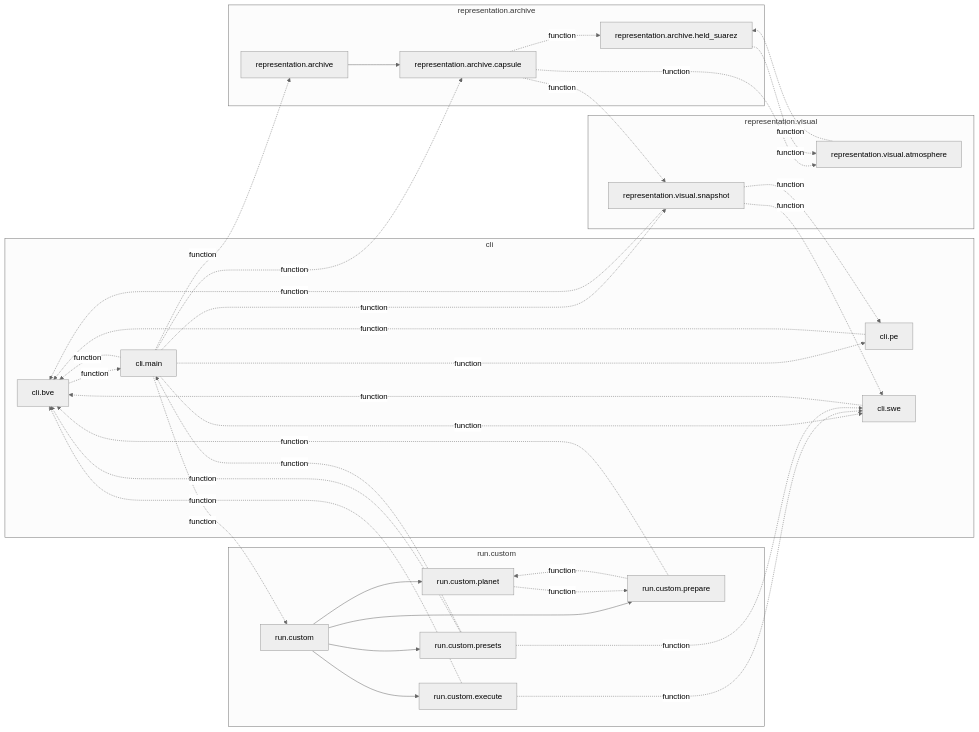
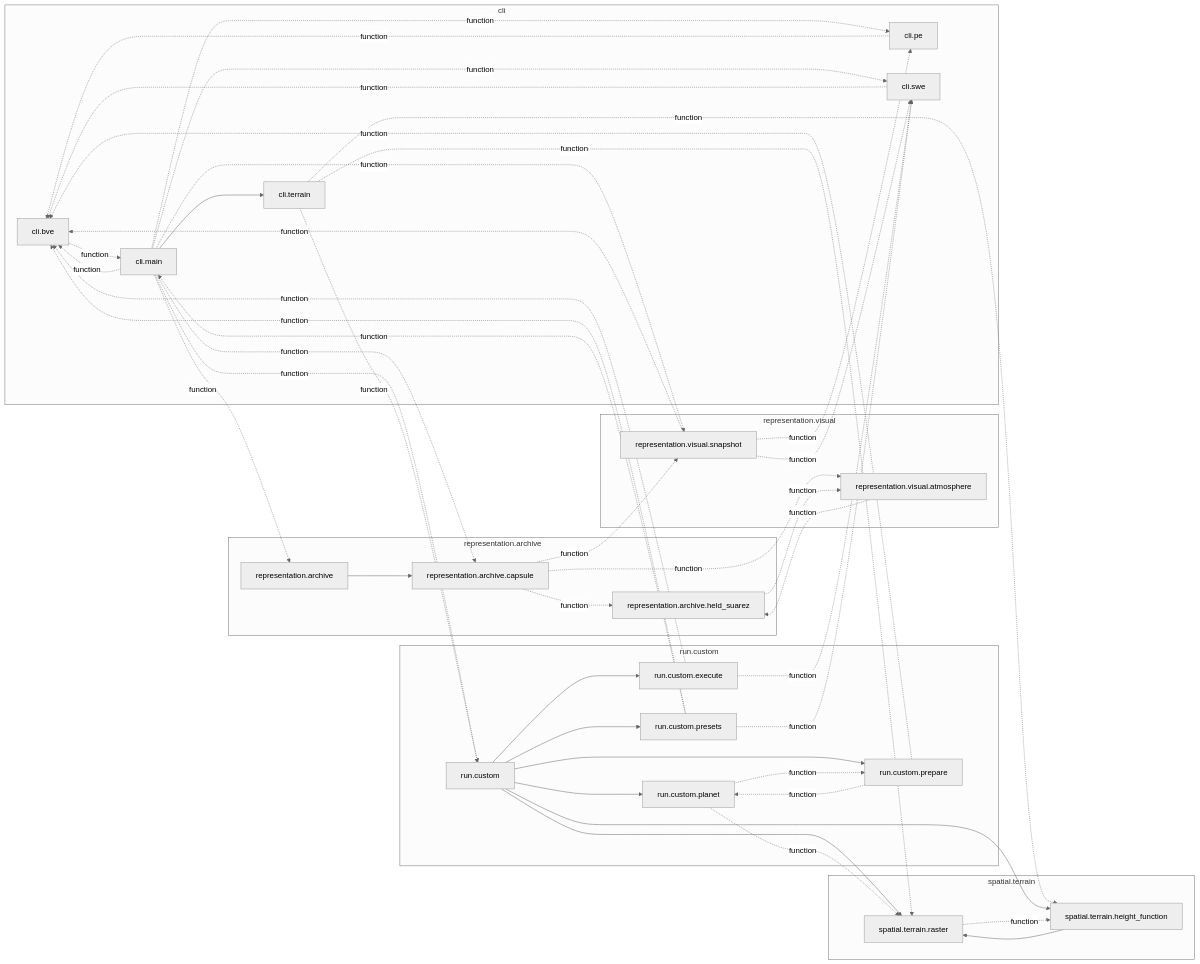
The diagram in docs/architecture/current/modules-cycles.mmd (AlexandreEros/Palintropos), drawn with Mermaid (neutral theme) before and after one commit. The commit also changed 10 other files, not shown here.

Commit message:
docs(architecture): refresh the current snapshot for terrain height functions

```diff
--- a/docs/architecture/current/modules-cycles.mmd
+++ b/docs/architecture/current/modules-cycles.mmd
@@ -1,56 +1,70 @@
 %% Generated by tools.architecture 1.0.0. Do not edit by hand.
 %% Modules in nontrivial strongly connected components (import cycles), grouped by package. Dashed: edge made only of function-scope or TYPE_CHECKING imports.
 flowchart LR
     subgraph g_tropoi_ocli["cli"]
         n_tropoi_ocli_obve["cli.bve"]
         n_tropoi_ocli_omain["cli.main"]
         n_tropoi_ocli_ope["cli.pe"]
         n_tropoi_ocli_oswe["cli.swe"]
+        n_tropoi_ocli_oterrain["cli.terrain"]
     end
     subgraph g_tropoi_orepresentation_oarchive["representation.archive"]
         n_tropoi_orepresentation_oarchive["representation.archive"]
         n_tropoi_orepresentation_oarchive_ocapsule["representation.archive.capsule"]
         n_tropoi_orepresentation_oarchive_oheld__suarez["representation.archive.held_suarez"]
     end
     subgraph g_tropoi_orepresentation_ovisual["representation.visual"]
         n_tropoi_orepresentation_ovisual_oatmosphere["representation.visual.atmosphere"]
         n_tropoi_orepresentation_ovisual_osnapshot["representation.visual.snapshot"]
     end
     subgraph g_tropoi_orun_ocustom["run.custom"]
         n_tropoi_orun_ocustom["run.custom"]
         n_tropoi_orun_ocustom_oexecute["run.custom.execute"]
         n_tropoi_orun_ocustom_oplanet["run.custom.planet"]
         n_tropoi_orun_ocustom_oprepare["run.custom.prepare"]
         n_tropoi_orun_ocustom_opresets["run.custom.presets"]
     end
+    subgraph g_tropoi_ospatial_oterrain["spatial.terrain"]
+        n_tropoi_ospatial_oterrain_oheight__function["spatial.terrain.height_function"]
+        n_tropoi_ospatial_oterrain_oraster["spatial.terrain.raster"]
+    end
     n_tropoi_ocli_obve -.->|function| n_tropoi_ocli_omain
     n_tropoi_ocli_omain -.->|function| n_tropoi_ocli_obve
     n_tropoi_ocli_omain -.->|function| n_tropoi_ocli_ope
     n_tropoi_ocli_omain -.->|function| n_tropoi_ocli_oswe
+    n_tropoi_ocli_omain --> n_tropoi_ocli_oterrain
     n_tropoi_ocli_omain -.->|function| n_tropoi_orepresentation_oarchive
     n_tropoi_ocli_omain -.->|function| n_tropoi_orepresentation_oarchive_ocapsule
     n_tropoi_ocli_omain -.->|function| n_tropoi_orepresentation_ovisual_osnapshot
     n_tropoi_ocli_omain -.->|function| n_tropoi_orun_ocustom
     n_tropoi_ocli_ope -.->|function| n_tropoi_ocli_obve
     n_tropoi_ocli_oswe -.->|function| n_tropoi_ocli_obve
+    n_tropoi_ocli_oterrain -.->|function| n_tropoi_orun_ocustom
+    n_tropoi_ocli_oterrain -.->|function| n_tropoi_ospatial_oterrain_oheight__function
+    n_tropoi_ocli_oterrain -.->|function| n_tropoi_ospatial_oterrain_oraster
     n_tropoi_orepresentation_oarchive --> n_tropoi_orepresentation_oarchive_ocapsule
     n_tropoi_orepresentation_oarchive_ocapsule -.->|function| n_tropoi_orepresentation_oarchive_oheld__suarez
     n_tropoi_orepresentation_oarchive_ocapsule -.->|function| n_tropoi_orepresentation_ovisual_oatmosphere
     n_tropoi_orepresentation_oarchive_ocapsule -.->|function| n_tropoi_orepresentation_ovisual_osnapshot
     n_tropoi_orepresentation_oarchive_oheld__suarez -.->|function| n_tropoi_orepresentation_ovisual_oatmosphere
     n_tropoi_orepresentation_ovisual_oatmosphere -.->|function| n_tropoi_orepresentation_oarchive_oheld__suarez
     n_tropoi_orepresentation_ovisual_osnapshot -.->|function| n_tropoi_ocli_obve
     n_tropoi_orepresentation_ovisual_osnapshot -.->|function| n_tropoi_ocli_ope
     n_tropoi_orepresentation_ovisual_osnapshot -.->|function| n_tropoi_ocli_oswe
     n_tropoi_orun_ocustom --> n_tropoi_orun_ocustom_oexecute
     n_tropoi_orun_ocustom --> n_tropoi_orun_ocustom_oplanet
     n_tropoi_orun_ocustom --> n_tropoi_orun_ocustom_oprepare
     n_tropoi_orun_ocustom --> n_tropoi_orun_ocustom_opresets
+    n_tropoi_orun_ocustom --> n_tropoi_ospatial_oterrain_oheight__function
+    n_tropoi_orun_ocustom --> n_tropoi_ospatial_oterrain_oraster
     n_tropoi_orun_ocustom_oexecute -.->|function| n_tropoi_ocli_obve
     n_tropoi_orun_ocustom_oexecute -.->|function| n_tropoi_ocli_oswe
     n_tropoi_orun_ocustom_oplanet -.->|function| n_tropoi_orun_ocustom_oprepare
+    n_tropoi_orun_ocustom_oplanet -.->|function| n_tropoi_ospatial_oterrain_oraster
     n_tropoi_orun_ocustom_oprepare -.->|function| n_tropoi_ocli_obve
     n_tropoi_orun_ocustom_oprepare -.->|function| n_tropoi_orun_ocustom_oplanet
     n_tropoi_orun_ocustom_opresets -.->|function| n_tropoi_ocli_obve
     n_tropoi_orun_ocustom_opresets -.->|function| n_tropoi_ocli_omain
     n_tropoi_orun_ocustom_opresets -.->|function| n_tropoi_ocli_oswe
+    n_tropoi_ospatial_oterrain_oheight__function --> n_tropoi_ospatial_oterrain_oraster
+    n_tropoi_ospatial_oterrain_oraster -.->|function| n_tropoi_ospatial_oterrain_oheight__function
```
